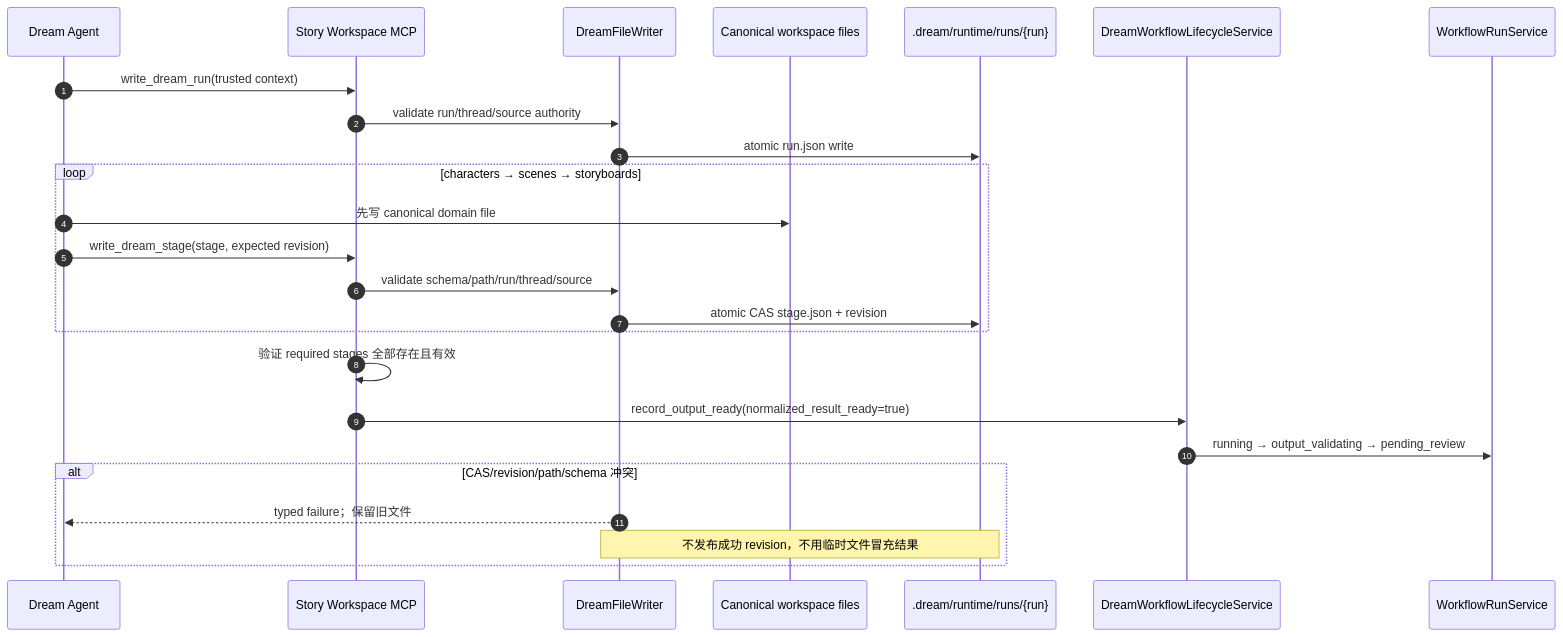
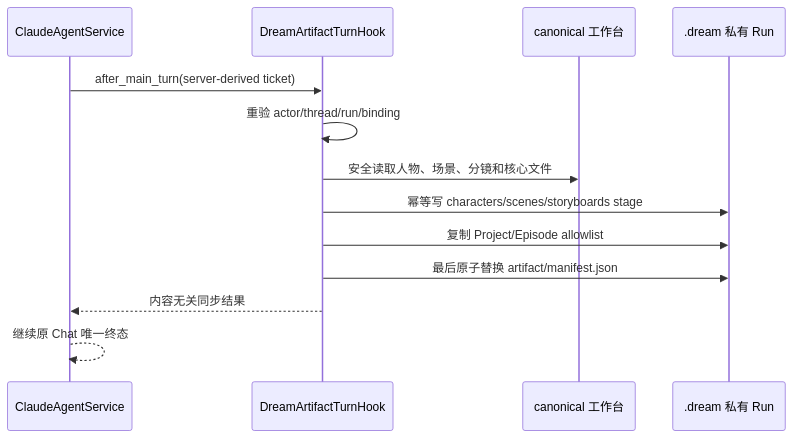
Before and after one commit to glide-the/im-dream: the third of 6 diagrams in docs/design/dream-agent/business-interaction-design.md, drawn with Mermaid. The commit also changed other lines of this file and 26 other files, not shown here.

Commit message:
feat(dream): sync agent workbench artifacts

````diff
--- a/docs/design/dream-agent/business-interaction-design.md
+++ b/docs/design/dream-agent/business-interaction-design.md
@@ -234,28 +56,16 @@
 ```mermaid
 sequenceDiagram
-    autonumber
-    participant Agent as Dream Agent
-    participant Tool as Story Workspace MCP
-    participant Writer as DreamFileWriter
-    participant Canonical as Canonical workspace files
-    participant DreamFS as .dream/runtime/runs/{run}
-    participant Lifecycle as DreamWorkflowLifecycleService
-    participant WF as WorkflowRunService
+    participant S as ClaudeAgentService
+    participant H as DreamArtifactTurnHook
+    participant W as canonical 工作台
+    participant P as .dream 私有 Run
 
-    Agent->>Tool: write_dream_run(trusted context)
-    Tool->>Writer: validate run/thread/source authority
-    Writer->>DreamFS: atomic run.json write
-    loop characters → scenes → storyboards
-        Agent->>Canonical: 先写 canonical domain file
-        Agent->>Tool: write_dream_stage(stage, expected revision)
-        Tool->>Writer: validate schema/path/run/thread/source
-        Writer->>DreamFS: atomic CAS stage.json + revision
-    end
-    Tool->>Tool: 验证 required stages 全部存在且有效
-    Tool->>Lifecycle: record_output_ready(normalized_result_ready=true)
-    Lifecycle->>WF: running → output_validating → pending_review
-    alt CAS/revision/path/schema 冲突
-        Writer-->>Agent: typed failure；保留旧文件
-        Note over Writer,DreamFS: 不发布成功 revision，不用临时文件冒充结果
-    end
+    S->>H: after_main_turn(server-derived ticket)
+    H->>H: 重验 actor/thread/run/binding
+    H->>W: 安全读取人物、场景、分镜和核心文件
+    H->>P: 幂等写 characters/scenes/storyboards stage
+    H->>P: 复制 Project/Episode allowlist
+    H->>P: 最后原子替换 artifact/manifest.json
+    H-->>S: 内容无关同步结果
+    S-->>S: 继续原 Chat 唯一终态
 ```
````
